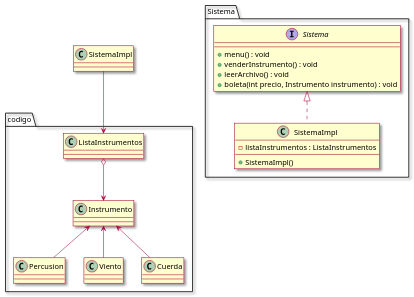
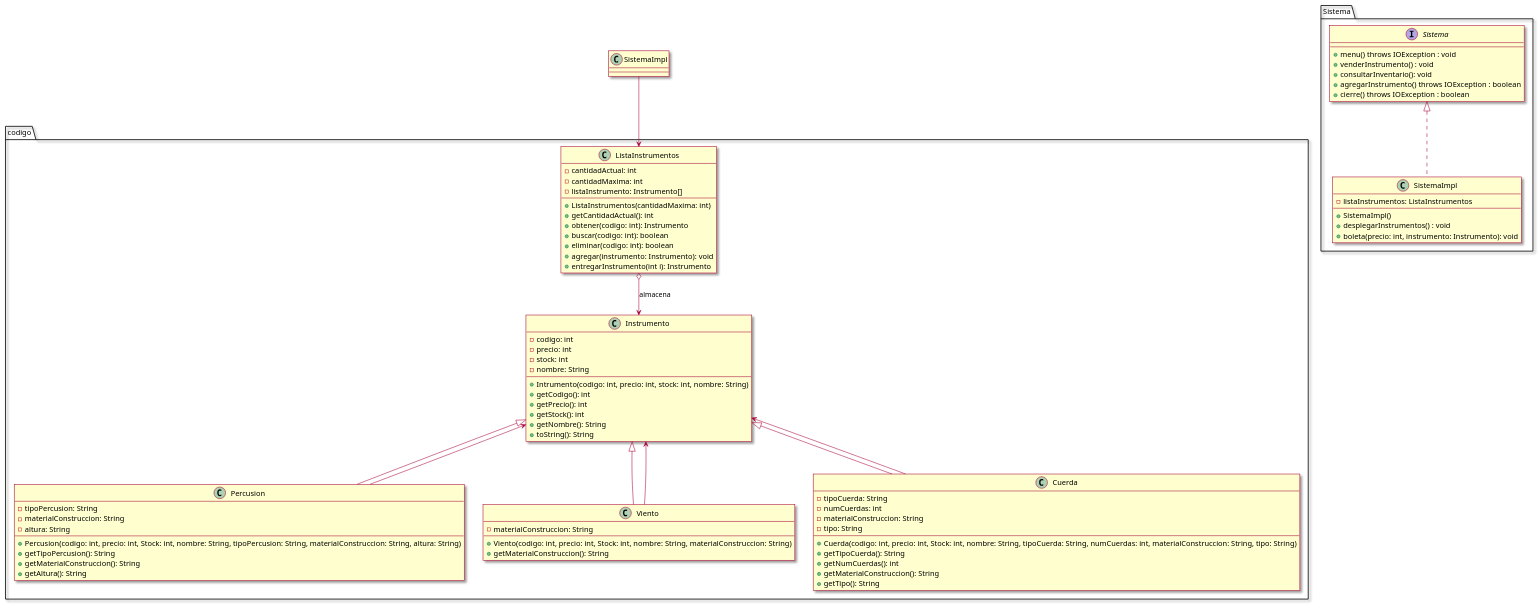
Before and after one commit to MoxhaSB/BeatTheRhythm: the diagram in src/Modelos/puml/DiagramaDeClases.puml, drawn with PlantUML. The commit also changed 4 other files, not shown here.

```diff
--- a/src/Modelos/puml/DiagramaDeClases.puml
+++ b/src/Modelos/puml/DiagramaDeClases.puml
@@ -1,55 +1,103 @@
 @startuml
 skin rose
 
-package codigo {
+package codigo{
 
 class ListaInstrumentos{
+
+-cantidadActual: int
+-cantidadMaxima: int
+-listaInstrumento: Instrumento[]
+
++ListaInstrumentos(cantidadMaxima: int)
++getCantidadActual(): int
++obtener(codigo: int): Instrumento
++buscar(codigo: int): boolean
++eliminar(codigo: int): boolean
++agregar(instrumento: Instrumento): void
++entregarInstrumento(int i): Instrumento
 
 }
 
 class Instrumento{
 
+-codigo: int
+-precio: int
+-stock: int
+-nombre: String
+
++Intrumento(codigo: int, precio: int, stock: int, nombre: String)
++getCodigo(): int
++getPrecio(): int
++getStock(): int
++getNombre(): String
++toString(): String
 }
 
-class Percusion{
+class Percusion extends Instrumento{
 
+-tipoPercusion: String
+-materialConstruccion: String
+-altura: String
+
++Percusion(codigo: int, precio: int, Stock: int, nombre: String, tipoPercusion: String, materialConstruccion: String, altura: String)
++getTipoPercusion(): String
++getMaterialConstruccion(): String
++getAltura(): String
 }
 
-class Viento{
+class Viento extends Instrumento{
 
+-materialConstruccion: String
+
++Viento(codigo: int, precio: int, Stock: int, nombre: String, materialConstruccion: String)
++getMaterialConstruccion(): String
 }
 
-class Cuerda{
+class Cuerda extends Instrumento{
 
+-tipoCuerda: String
+-numCuerdas: int
+-materialConstruccion: String
+-tipo: String
+
++Cuerda(codigo: int, precio: int, Stock: int, nombre: String, tipoCuerda: String, numCuerdas: int, materialConstruccion: String, tipo: String)
++getTipoCuerda(): String
++getNumCuerdas(): int
++getMaterialConstruccion(): String
++getTipo(): String
 }
 
-ListaInstrumentos o--> Instrumento
+ListaInstrumentos o--> Instrumento: almacena
 Instrumento <-- Percusion
 Instrumento <-- Viento
 Instrumento <-- Cuerda
 
 }
 
 SistemaImpl --> ListaInstrumentos
 
 package Sistema{
 
 Interface Sistema{
-    +menu() : void
-    +venderInstrumento() : void
-    +leerArchivo() : void
-    +boleta(int precio, Instrumento instrumento) : void
 
-
++menu() throws IOException : void
++venderInstrumento() : void
++consultarInventario(): void
++agregarInstrumento() throws IOException : boolean
++cierre() throws IOException : boolean
 }
 
 class SistemaImpl implements Sistema{
 
-    +SistemaImpl()
-     -listaInstrumentos : ListaInstrumentos
+-listaInstrumentos: ListaInstrumentos
+
++SistemaImpl()
++desplegarInstrumentos() : void
++boleta(precio: int, instrumento: Instrumento): void
 
 }
 
 
 
 @enduml
```
